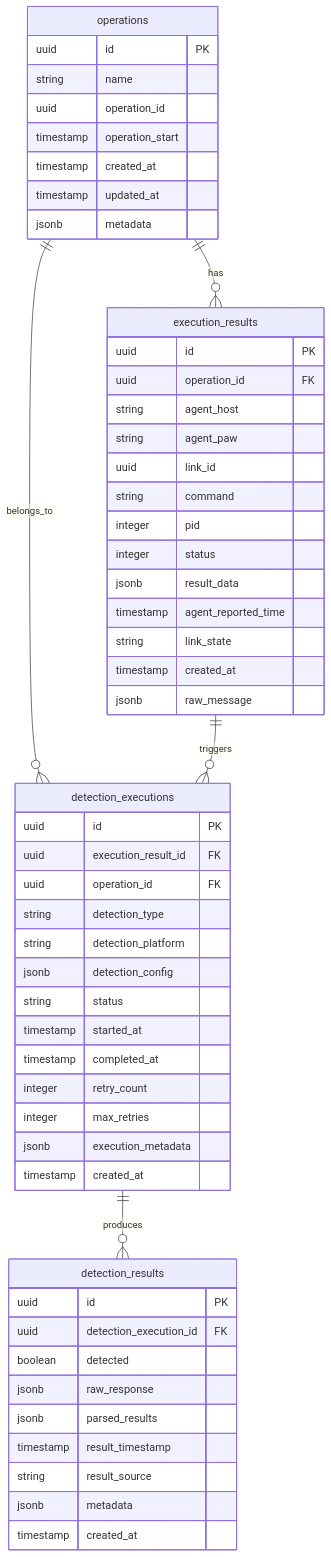
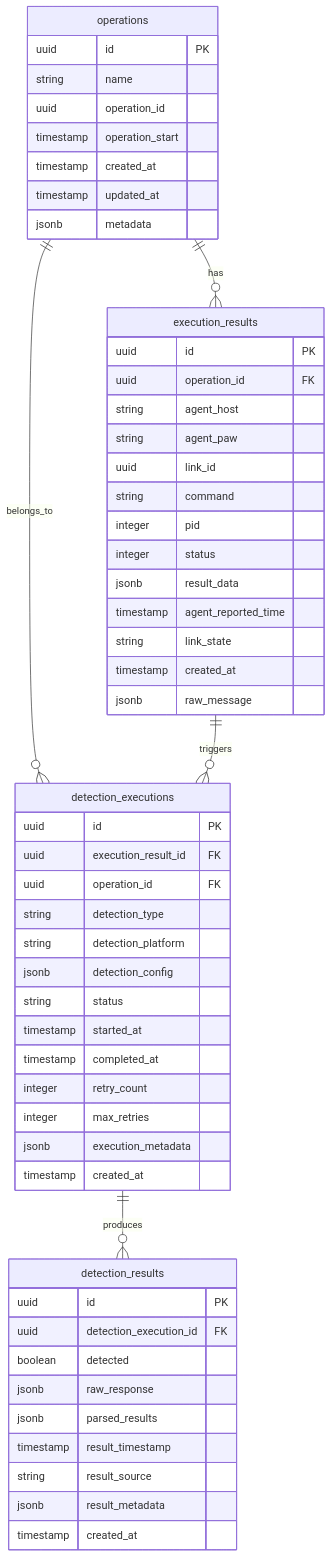
Before and after one commit to uetsymphonique/checking-engine-pplab: the fourth of 4 diagrams in docs/backend_architecture.md, drawn with Mermaid. The commit also changed other lines of this file and 1 other file, not shown here.

````diff
--- a/docs/backend_architecture.md
+++ b/docs/backend_architecture.md
@@ -319,61 +429,61 @@
 ```mermaid
 erDiagram
     operations ||--o{ execution_results : has
     operations ||--o{ detection_executions : belongs_to
     execution_results ||--o{ detection_executions : triggers
     detection_executions ||--o{ detection_results : produces
     
     operations {
         uuid id PK
         string name
         uuid operation_id
         timestamp operation_start
         timestamp created_at
         timestamp updated_at
         jsonb metadata
     }
     
     execution_results {
         uuid id PK
         uuid operation_id FK
         string agent_host
         string agent_paw
         uuid link_id
         string command
         integer pid
         integer status
         jsonb result_data
         timestamp agent_reported_time
         string link_state
         timestamp created_at
         jsonb raw_message
     }
     
     detection_executions {
         uuid id PK
         uuid execution_result_id FK
         uuid operation_id FK
         string detection_type
         string detection_platform
         jsonb detection_config
         string status
         timestamp started_at
         timestamp completed_at
         integer retry_count
         integer max_retries
         jsonb execution_metadata
         timestamp created_at
     }
     
     detection_results {
         uuid id PK
         uuid detection_execution_id FK
         boolean detected
         jsonb raw_response
         jsonb parsed_results
         timestamp result_timestamp
         string result_source
-        jsonb metadata
+        jsonb result_metadata
         timestamp created_at
     }
 ```
````
